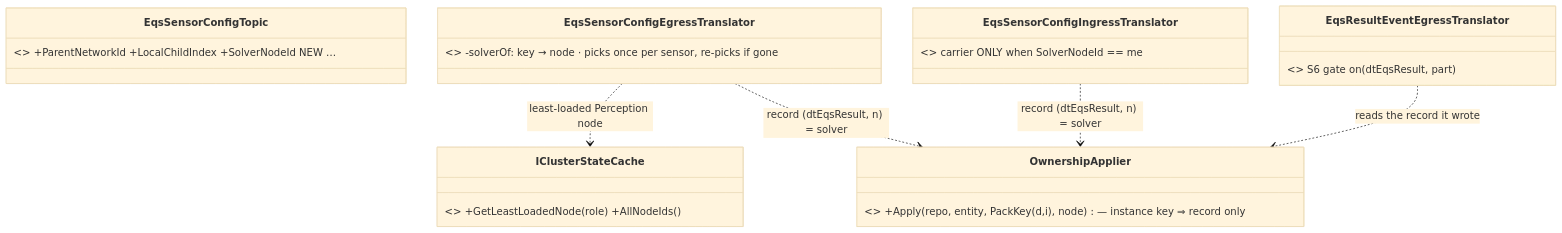
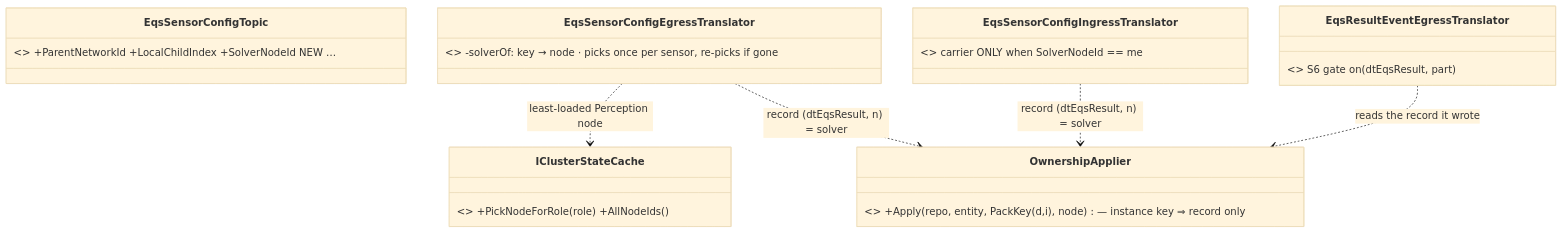
Before and after one commit to pjanec/HROT: the seventh of 11 diagrams in docs/DESIGN_Ownership_Groups_And_Grants.md, drawn with Mermaid (base theme). The commit also changed other lines of this file and 7 other files, not shown here.

First line of the commit message:
C1: rename IClusterStateCache.GetLeastLoadedNode -> PickNodeForRole (Roslyn); the lowest-node-id pick is now its stated contract

````diff
--- a/docs/DESIGN_Ownership_Groups_And_Grants.md
+++ b/docs/DESIGN_Ownership_Groups_And_Grants.md
@@ -455,13 +455,13 @@
 ```mermaid
 classDiagram
     class EqsSensorConfigTopic { <<wire · changed>> +ParentNetworkId +LocalChildIndex +SolverNodeId NEW … }
     class EqsSensorConfigEgressTranslator { <<Brain · changed>> -solverOf: key → node · picks once per sensor, re-picks if gone }
     class EqsSensorConfigIngressTranslator { <<Perception node · changed>> carrier ONLY when SolverNodeId == me }
     class EqsResultEventEgressTranslator { <<Perception node · unchanged>> S6 gate on (dtEqsResult, part) }
-    class IClusterStateCache { <<existing>> +GetLeastLoadedNode(role) +AllNodeIds() }
+    class IClusterStateCache { <<existing>> +PickNodeForRole(role) +AllNodeIds() }
     class OwnershipApplier { <<existing>> +Apply(repo, entity, PackKey(d,i), node) — instance key ⇒ record only }
     EqsSensorConfigEgressTranslator ..> IClusterStateCache : least-loaded Perception node
     EqsSensorConfigEgressTranslator ..> OwnershipApplier : record (dtEqsResult, n) = solver
     EqsSensorConfigIngressTranslator ..> OwnershipApplier : record (dtEqsResult, n) = solver
     EqsResultEventEgressTranslator ..> OwnershipApplier : reads the record it wrote
 ```
````
